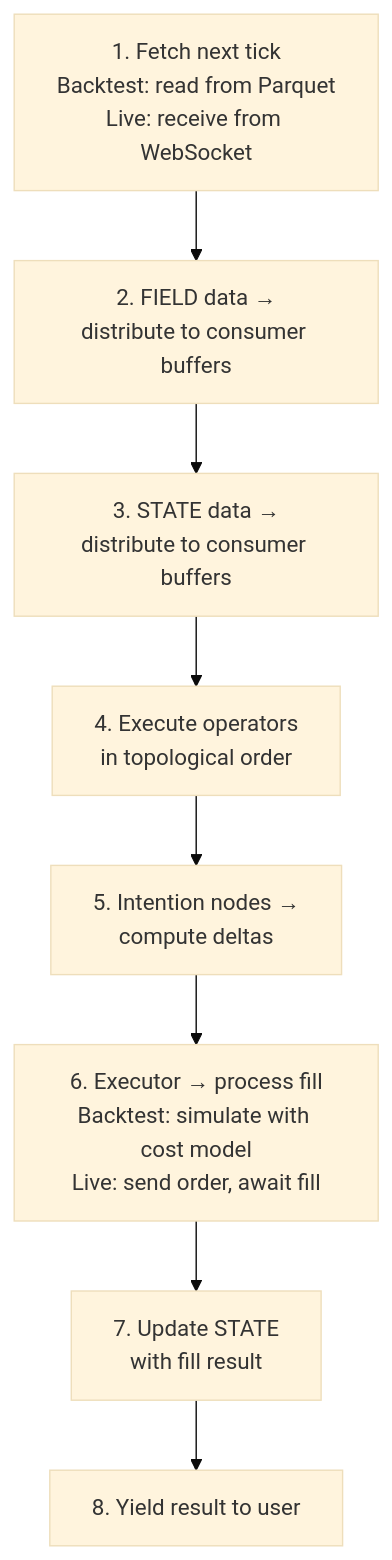
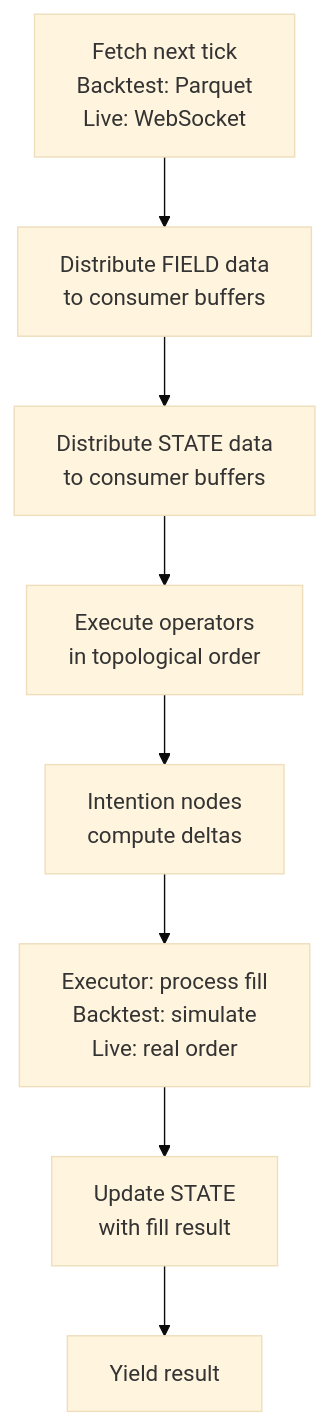
Before and after one commit to Clypt/docs: the second of 3 diagrams in competitive/code-parity.mdx, drawn with Mermaid (base theme). The commit also changed 12 other files, not shown here.

````diff
--- a/competitive/code-parity.mdx
+++ b/competitive/code-parity.mdx
@@ -250,10 +250,10 @@
 ```mermaid
 flowchart TB
-    A["1. Fetch next tick<br>Backtest: read from Parquet<br>Live: receive from WebSocket"] --> B["2. FIELD data →<br>distribute to consumer buffers"]
-    B --> C["3. STATE data →<br>distribute to consumer buffers"]
-    C --> D["4. Execute operators<br>in topological order"]
-    D --> E["5. Intention nodes →<br>compute deltas"]
-    E --> F["6. Executor → process fill<br>Backtest: simulate with cost model<br>Live: send order, await fill"]
-    F --> G["7. Update STATE<br>with fill result"]
-    G --> H["8. Yield result to user"]
+    A["Fetch next tick<br>Backtest: Parquet<br>Live: WebSocket"] --> B["Distribute FIELD data<br>to consumer buffers"]
+    B --> C["Distribute STATE data<br>to consumer buffers"]
+    C --> D["Execute operators<br>in topological order"]
+    D --> E["Intention nodes<br>compute deltas"]
+    E --> F["Executor: process fill<br>Backtest: simulate<br>Live: real order"]
+    F --> G["Update STATE<br>with fill result"]
+    G --> H["Yield result"]
 ```
````
